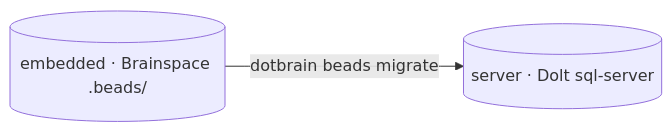
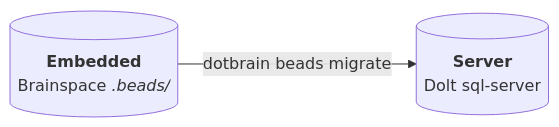
The second of 2 diagrams in docs/beads-backend.md (arminzou/dotbrain), drawn with Mermaid before and after one commit. The commit also changed other lines of this file and 19 other files, not shown here.

First line of the commit message:
docs(site): polish diagrams and record a shared Mermaid style

````diff
--- a/docs/beads-backend.md
+++ b/docs/beads-backend.md
@@ -84,4 +88,7 @@
 ```mermaid
 flowchart LR
-  e[("embedded · Brainspace .beads/")] -- "dotbrain beads migrate" --> s[("server · Dolt sql-server")]
+  accTitle: Migrating an embedded tracker to a server
+  e[("`**Embedded**
+  Brainspace *.beads/*`")] -- "dotbrain beads migrate" --> s[("`**Server**
+  Dolt sql-server`")]
 ```
````
